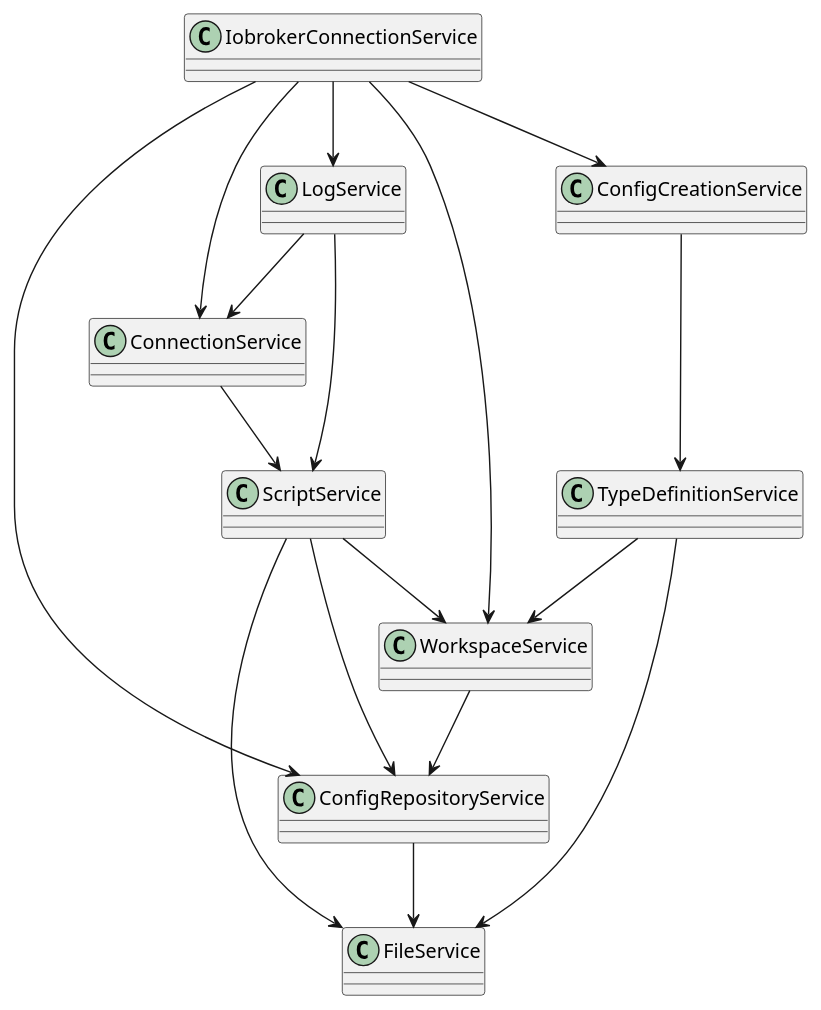
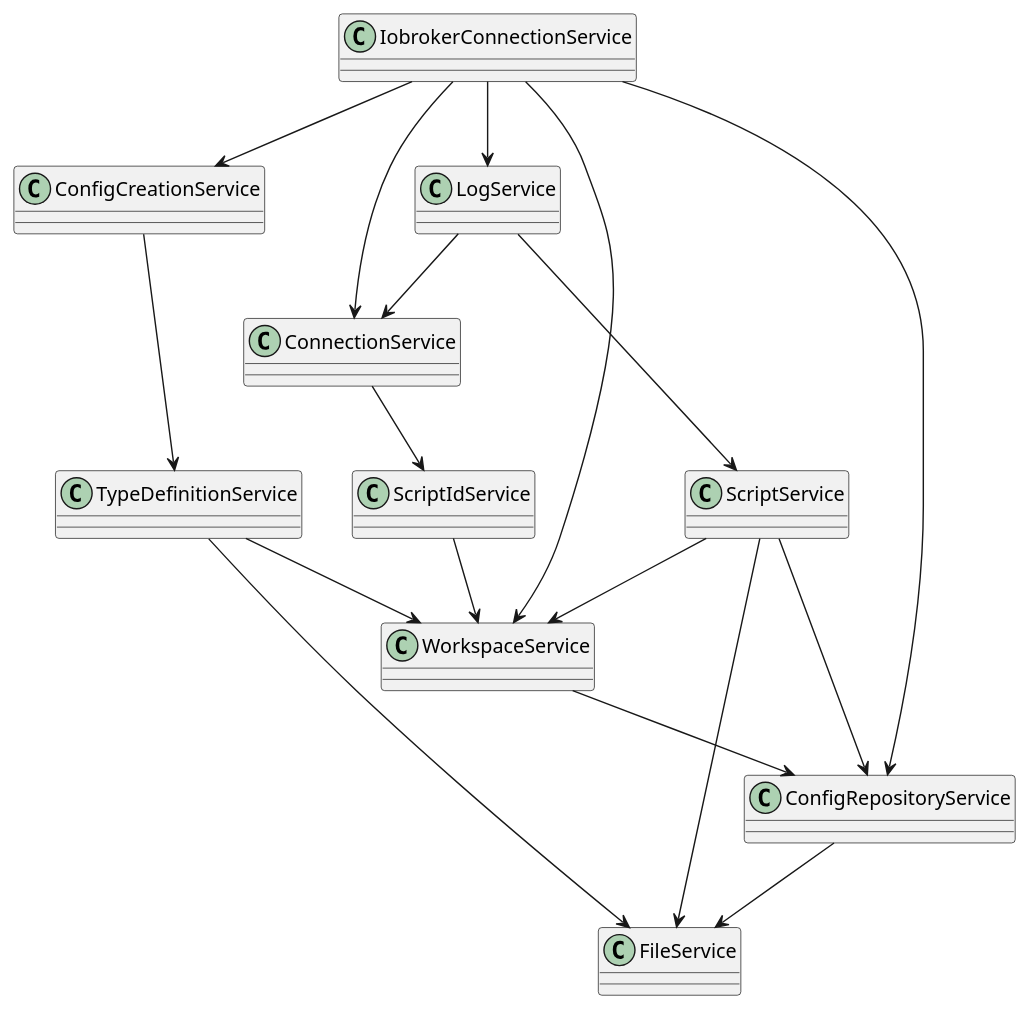
The diagram in doc/diagrams/servicesClassDiagram.puml (nokxs/iobroker-javascript-vs-code-extension), drawn with PlantUML before and after one commit. The commit also changed 11 other files, not shown here.

```diff
--- a/doc/diagrams/servicesClassDiagram.puml
+++ b/doc/diagrams/servicesClassDiagram.puml
@@ -1,28 +1,30 @@
 @startuml Services
 class ConfigCreationService
 class ConfigRepositoryService
 class ConnectionService
 class IobrokerConnectionService
 class LogService
 class TypeDefinitionService
 class WorkspaceService
 class FileService
 class ScriptService
+class ScriptIdService
 
 ConfigCreationService --> TypeDefinitionService
 ConfigRepositoryService --> FileService
-ConnectionService --> ScriptService
+ConnectionService --> ScriptIdService
 IobrokerConnectionService --> ConfigCreationService
 IobrokerConnectionService --> ConfigRepositoryService
 IobrokerConnectionService --> ConnectionService
 IobrokerConnectionService --> WorkspaceService
 IobrokerConnectionService --> LogService
 LogService --> ConnectionService
 LogService --> ScriptService
 TypeDefinitionService --> FileService
 TypeDefinitionService --> WorkspaceService
 WorkspaceService --> ConfigRepositoryService
 ScriptService --> WorkspaceService
 ScriptService --> FileService
 ScriptService --> ConfigRepositoryService
+ScriptIdService --> WorkspaceService
 @enduml
```
